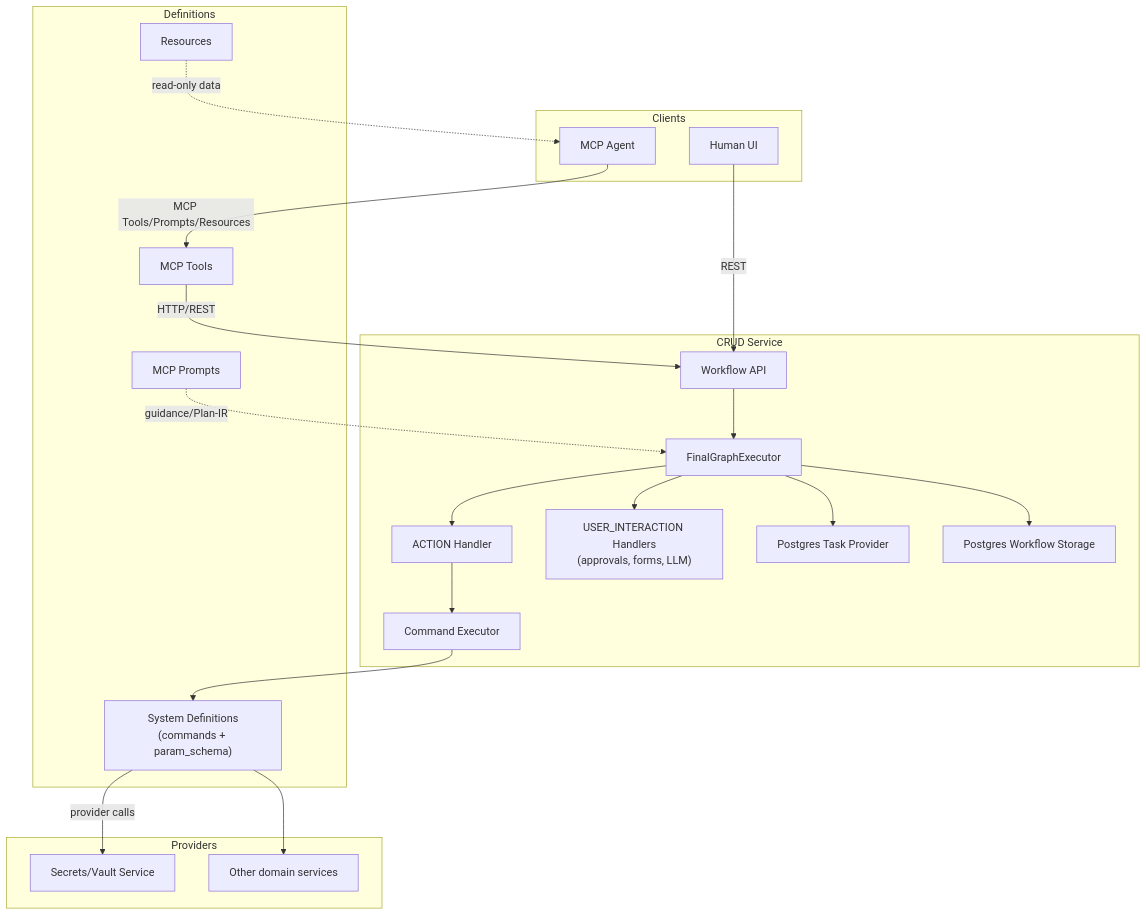
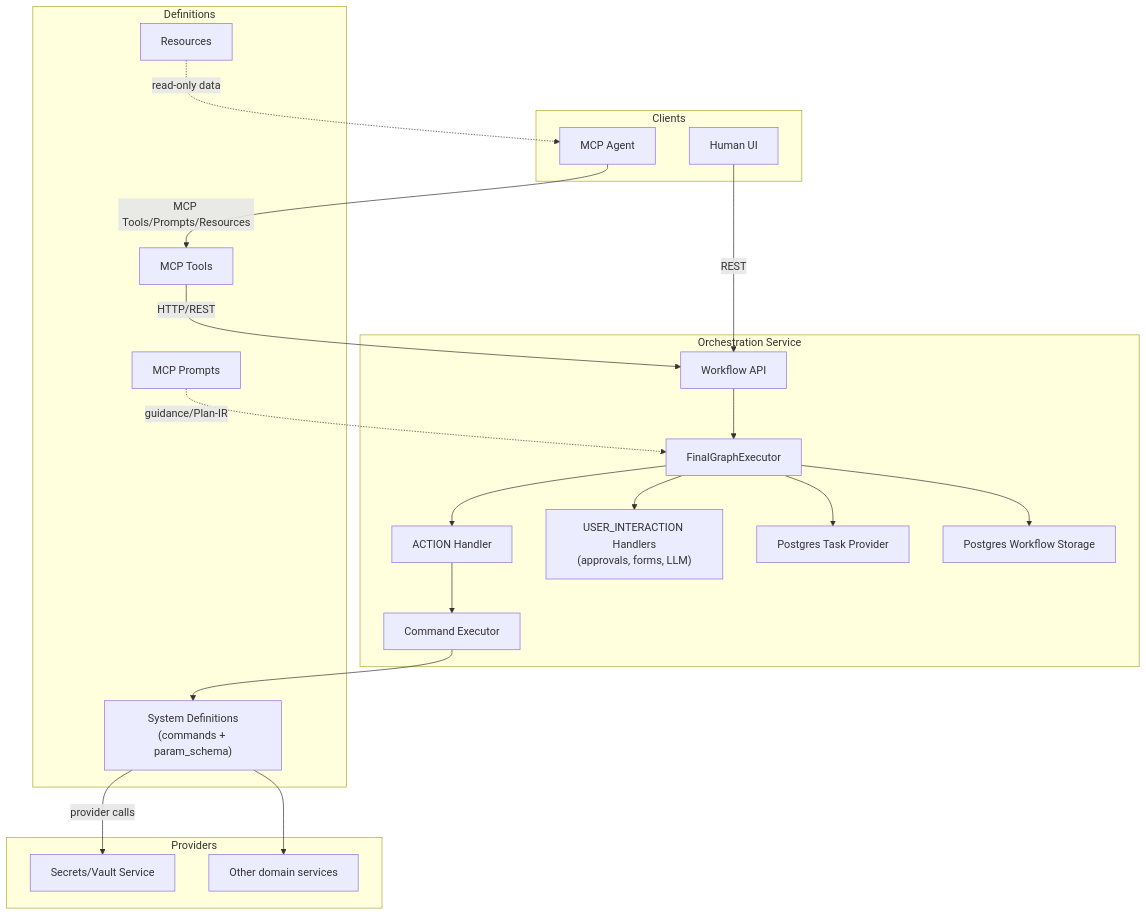
Before and after one commit to empowerID/empowernow_docs: the third of 7 diagrams in source_content/explainability_v3.md, drawn with Mermaid. The commit also changed other lines of this file and 82 other files, not shown here.

````diff
--- a/source_content/explainability_v3.md
+++ b/source_content/explainability_v3.md
@@ -108,45 +108,45 @@
 ```mermaid
 graph TD
   subgraph Clients
     UI[Human UI]
     Agent[MCP Agent]
   end
 
-  subgraph "CRUD Service"
+  subgraph "Orchestration Service"
     API[Workflow API]
     EX[FinalGraphExecutor]
     AH[ACTION Handler]
     UH["USER_INTERACTION Handlers<br/>(approvals, forms, LLM)"]
     CE[Command Executor]
     TP[Postgres Task Provider]
     WS[Postgres Workflow Storage]
   end
 
   subgraph Definitions
     SYS["System Definitions<br/>(commands + param_schema)"]
     PROMPTS[MCP Prompts]
     TOOLS[MCP Tools]
     RES[Resources]
   end
 
   subgraph Providers
     Secrets[Secrets/Vault Service]
     Other[Other domain services]
   end
 
   UI -->|REST| API
   Agent -->|MCP Tools/Prompts/Resources| TOOLS
   TOOLS -->|HTTP/REST| API
   PROMPTS -.->|guidance/Plan-IR| EX
   RES -.->|read-only data| Agent
 
   API --> EX
   EX --> AH
   EX --> UH
   AH --> CE
   CE --> SYS
   SYS -->|provider calls| Secrets
   SYS --> Other
   EX --> TP
   EX --> WS
 ```
````
